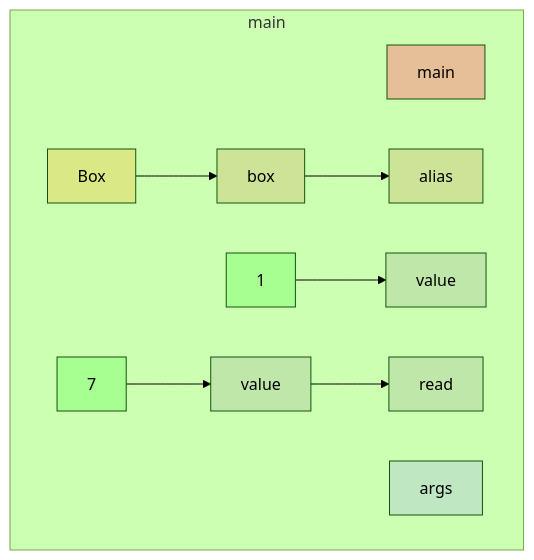
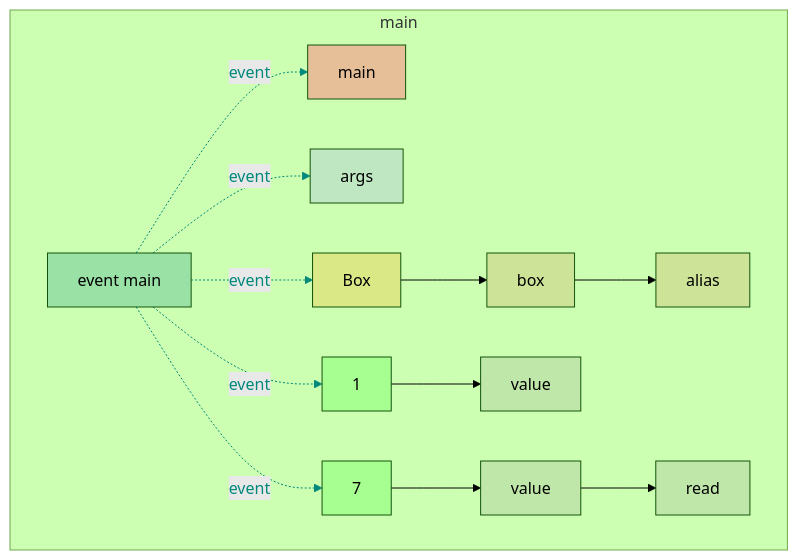
One commit to gstiebler/codeflow changed the diagram in app/src/test/resources/aliasInBlock/snapshot.md. Above: the diagram before and after it, drawn with Mermaid (forest theme). The commit also changed 77 other files, not shown here.

````diff
--- a/app/src/test/resources/aliasInBlock/snapshot.md
+++ b/app/src/test/resources/aliasInBlock/snapshot.md
@@ -1,27 +1,39 @@
 ```mermaid
 flowchart TD
   subgraph b0["main"]
-    n1[main]:::RETURN
-    n2[args]:::FUNC_PARAM
-    n3[Box]:::EXTERNAL
-    n4[box]:::OBJ_VARIABLE
-    n5[1]:::LITERAL
-    n6[value]:::VARIABLE
-    n7[alias]:::OBJ_VARIABLE
-    n8[7]:::LITERAL
-    n9[value]:::VARIABLE
-    n10[read]:::VARIABLE
-    n3[Box]:::EXTERNAL --> n4[box]:::OBJ_VARIABLE
-    n4[box]:::OBJ_VARIABLE --> n7[alias]:::OBJ_VARIABLE
-    n5[1]:::LITERAL --> n6[value]:::VARIABLE
-    n8[7]:::LITERAL --> n9[value]:::VARIABLE
-    n9[value]:::VARIABLE --> n10[read]:::VARIABLE
+    n1[event main]:::EVENT
+    n2[main]:::RETURN
+    n3[args]:::FUNC_PARAM
+    n4[Box]:::EXTERNAL
+    n5[box]:::OBJ_VARIABLE
+    n6[1]:::LITERAL
+    n7[value]:::VARIABLE
+    n8[alias]:::OBJ_VARIABLE
+    n9[7]:::LITERAL
+    n10[value]:::VARIABLE
+    n11[read]:::VARIABLE
+    n1[event main]:::EVENT -. event .-> n2[main]:::RETURN
+    n1[event main]:::EVENT -. event .-> n3[args]:::FUNC_PARAM
+    n1[event main]:::EVENT -. event .-> n4[Box]:::EXTERNAL
+    n1[event main]:::EVENT -. event .-> n6[1]:::LITERAL
+    n1[event main]:::EVENT -. event .-> n9[7]:::LITERAL
+    n4[Box]:::EXTERNAL --> n5[box]:::OBJ_VARIABLE
+    n5[box]:::OBJ_VARIABLE --> n8[alias]:::OBJ_VARIABLE
+    n6[1]:::LITERAL --> n7[value]:::VARIABLE
+    n9[7]:::LITERAL --> n10[value]:::VARIABLE
+    n10[value]:::VARIABLE --> n11[read]:::VARIABLE
   end
+  linkStyle 0 stroke:#00897b,color:#00897b
+  linkStyle 1 stroke:#00897b,color:#00897b
+  linkStyle 2 stroke:#00897b,color:#00897b
+  linkStyle 3 stroke:#00897b,color:#00897b
+  linkStyle 4 stroke:#00897b,color:#00897b
   classDef LITERAL fill:#00FF0030
   classDef VARIABLE fill:#80808030
   classDef BIN_OP fill:#80808080
   classDef FUNC_PARAM fill:#8080FF30
   classDef RETURN fill:#FF808080
   classDef EXTERNAL fill:#FFA50040
   classDef UNMODELLED fill:#FF000030,stroke-dasharray: 4 2
+  classDef EVENT fill:#00897B40
 ```
````
